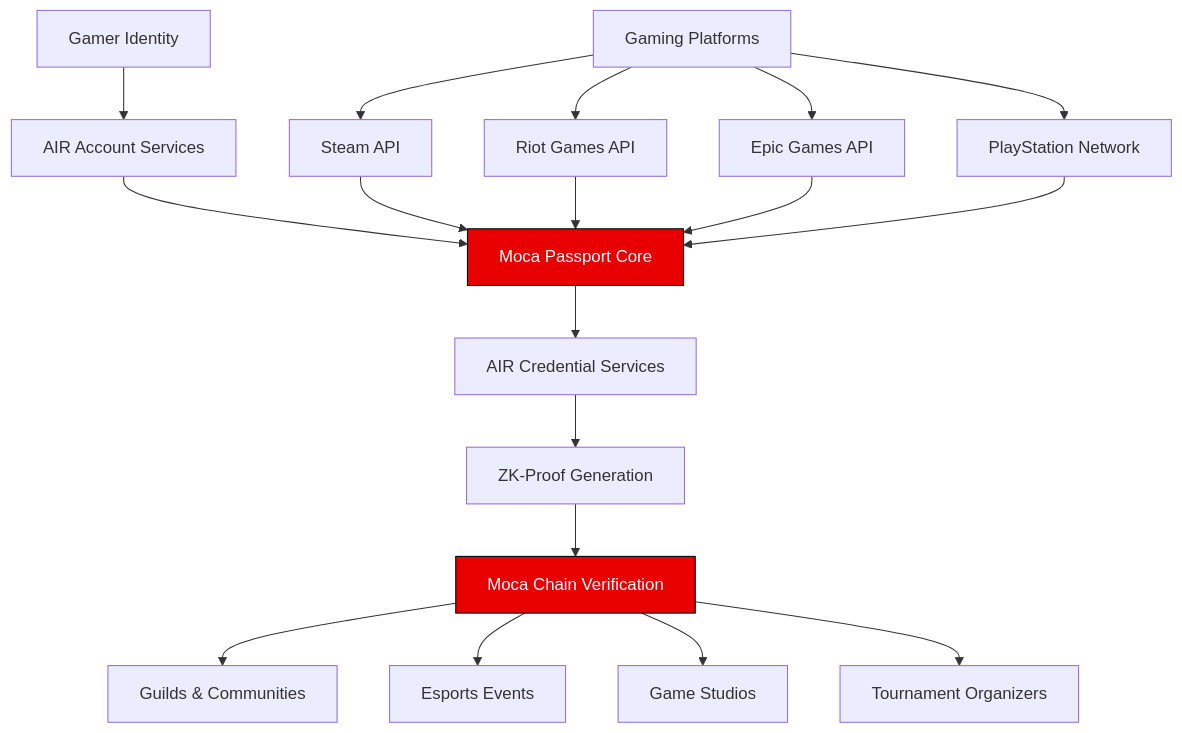
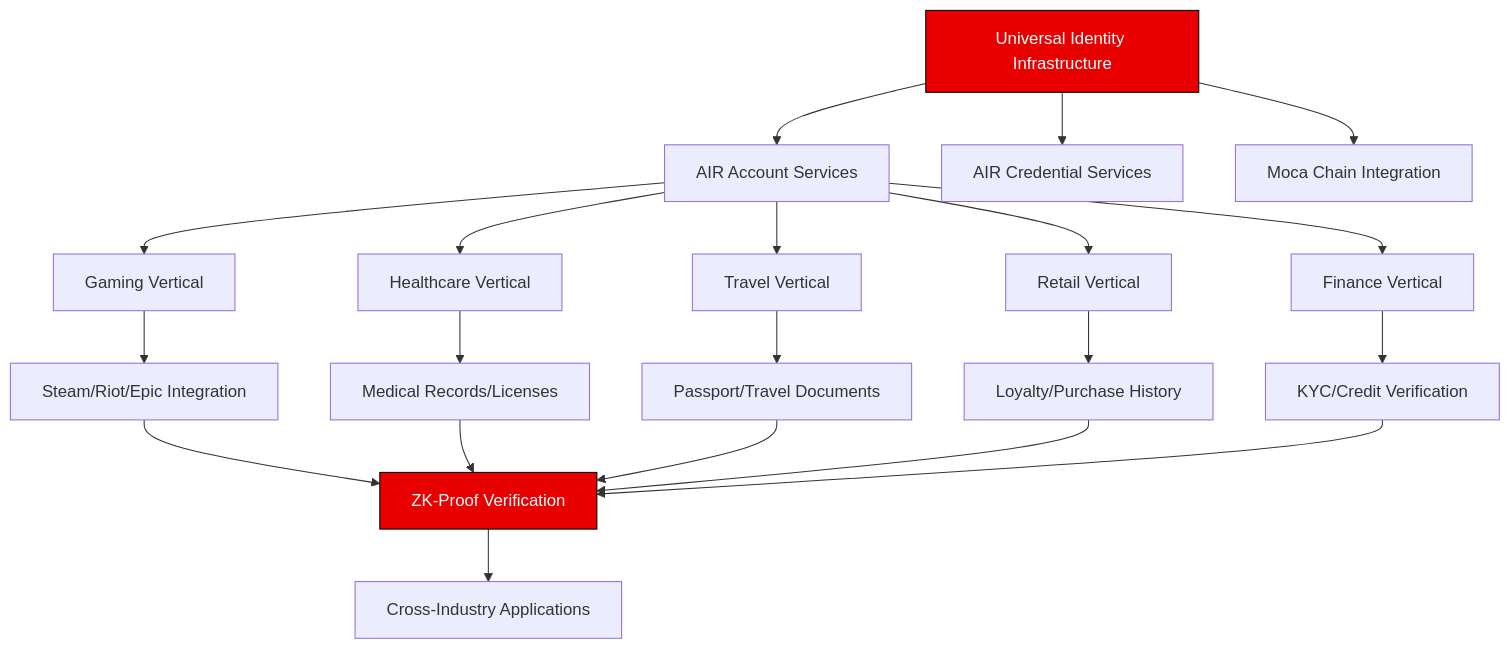
The first of 3 diagrams in README.md (M4N4N22/MocaPassport), drawn with Mermaid before and after one commit. The commit also changed other lines of this file, not shown here.

````diff
--- a/README.md
+++ b/README.md
@@ -19,26 +13,29 @@
 ```mermaid
 graph TD
-    A[Gamer Identity] --> B[AIR Account Services]
-    B --> C[Moca Passport Core]
-    C --> D[AIR Credential Services]
-    D --> E[ZK-Proof Generation]
-    E --> F[Moca Chain Verification]
+    A[Universal Identity Infrastructure] --> B[AIR Account Services]
+    A --> C[AIR Credential Services]
+    A --> D[Moca Chain Integration]
     
-    G[Gaming Platforms] --> H[Steam API]
-    G --> I[Riot Games API]
-    G --> J[Epic Games API]
-    G --> K[PlayStation Network]
+    B --> E[Gaming Vertical]
+    B --> F[Healthcare Vertical]
+    B --> G[Travel Vertical]
+    B --> H[Retail Vertical]
+    B --> I[Finance Vertical]
     
-    H --> C
-    I --> C
-    J --> C
-    K --> C
+    E --> J[Steam/Riot/Epic Integration]
+    F --> K[Medical Records/Licenses]
+    G --> L[Passport/Travel Documents]
+    H --> M[Loyalty/Purchase History]
+    I --> N[KYC/Credit Verification]
     
-    F --> L[Guilds & Communities]
-    F --> M[Esports Events]
-    F --> N[Game Studios]
-    F --> O[Tournament Organizers]
+    J --> O[ZK-Proof Verification]
+    K --> O
+    L --> O
+    M --> O
+    N --> O
     
-    style C fill:#E80000,stroke:#000,color:#fff
-    style F fill:#E80000,stroke:#000,color:#fff
+    O --> P[Cross-Industry Applications]
+    
+    style A fill:#E80000,stroke:#000,color:#fff
+    style O fill:#E80000,stroke:#000,color:#fff
 ```
````
